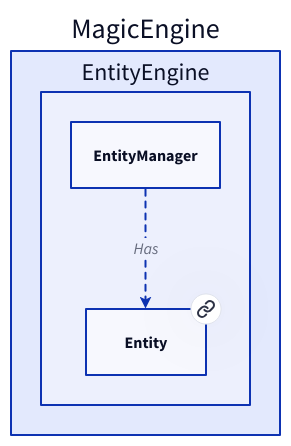
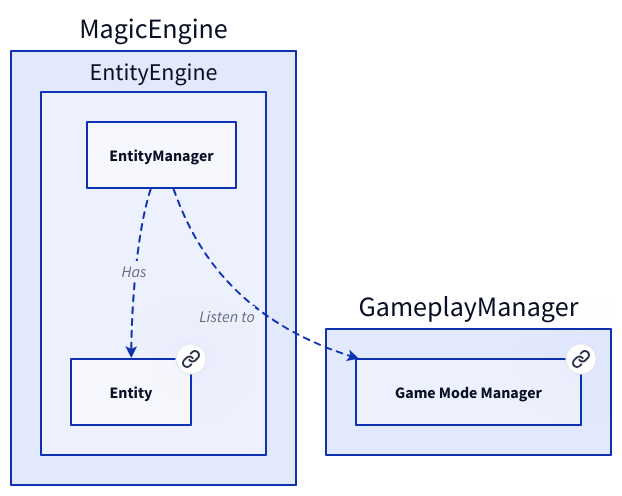
One commit to Portevent/Brume-Documentation changed the diagram in doc/MagicEngine/EntityEngine/EntityManager.md. Above: the diagram before and after it, drawn with D2. The commit also changed 26 other files, not shown here.

````diff
--- a/doc/MagicEngine/EntityEngine/EntityManager.md
+++ b/doc/MagicEngine/EntityEngine/EntityManager.md
@@ -13,17 +13,26 @@
 ```d2
 # Nodes :
 MagicEngine: {
     EntityEngine: {
         Entity: Entity {
            link: Entity
         }
     }
 }
+GameplayManager: {
+    GameModeManager: Game Mode Manager {
+       link: GameModeManager
+    }
+}
 
 # Links :
 MagicEngine.EntityEngine.EntityManager -> MagicEngine.EntityEngine.Entity: Has {style.stroke-dash: 3
 source-arrowhead: {}
 target-arrowhead: {shape: arrow}
 }
+MagicEngine.EntityEngine.EntityManager -> GameplayManager.GameModeManager: Listen to {style.stroke-dash: 3
+source-arrowhead: {}
+target-arrowhead: {shape: arrow}
+}
 
 ```
````
